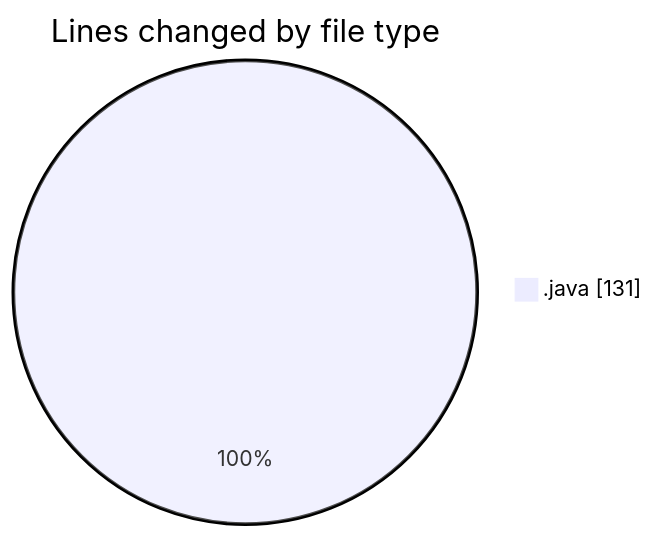
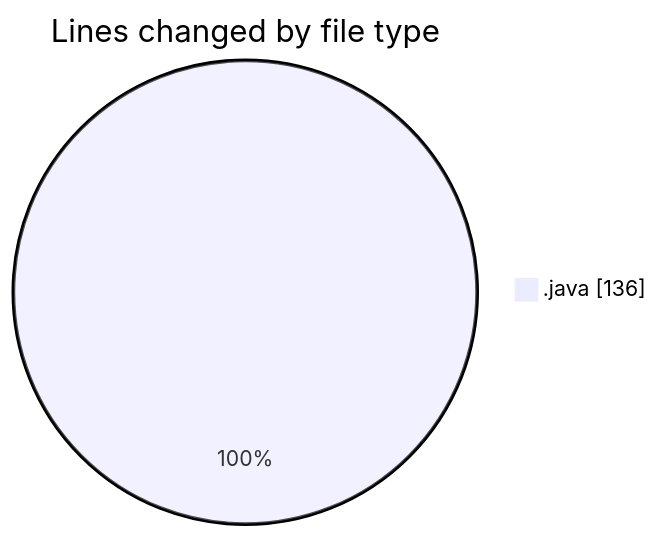
The first of 2 diagrams in 2026-04-23/cilreports__workspace_/README.md (ricardozamudiocil/code-tracking), drawn with Mermaid before and after one commit. The commit also changed other lines of this file and 1 other file, not shown here.

````diff
--- a/2026-04-23/cilreports__workspace_/README.md
+++ b/2026-04-23/cilreports__workspace_/README.md
@@ -21,5 +21,5 @@
 ```mermaid
 pie showData
 title Lines changed by file type
-".java" : 131
+".java" : 136
 ```
````
